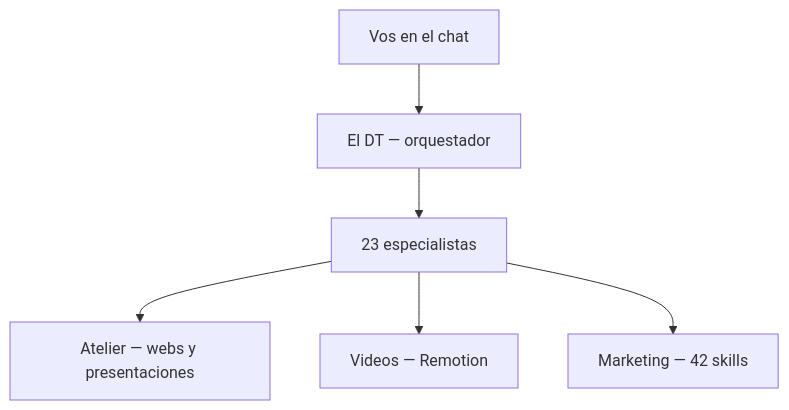
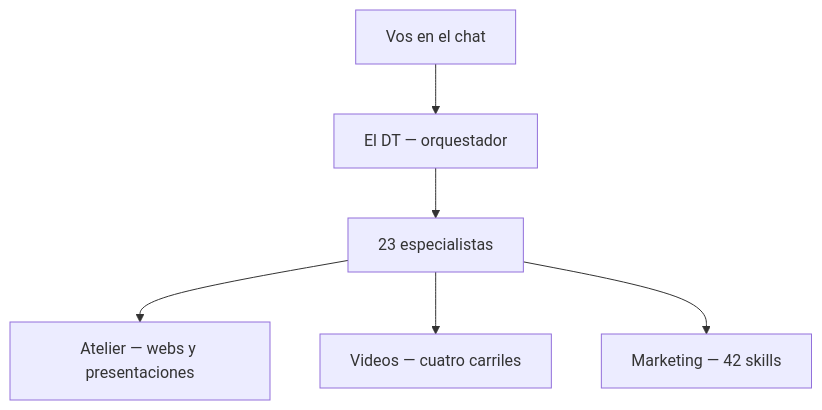
One commit to Mazalucas/El-DT-Lightweight-Army changed the first of 2 diagrams in README.md. Above: the diagram before and after it, drawn with Mermaid. The commit also changed other lines of this file and 276 other files, not shown here.

First line of the commit message:
v1.8.0: publicación oficial, contexto local y carriles de video

````diff
--- a/README.md
+++ b/README.md
@@ -107,14 +129,14 @@
 ```mermaid
 flowchart TB
   vos[Vos en el chat]
   dt[El DT — orquestador]
   esp[23 especialistas]
   atelier[Atelier — webs y presentaciones]
-  video[Videos — Remotion]
+  video[Videos — cuatro carriles]
   mkt[Marketing — 42 skills]
   vos --> dt
   dt --> esp
   esp --> atelier
   esp --> video
   esp --> mkt
 ```
````
